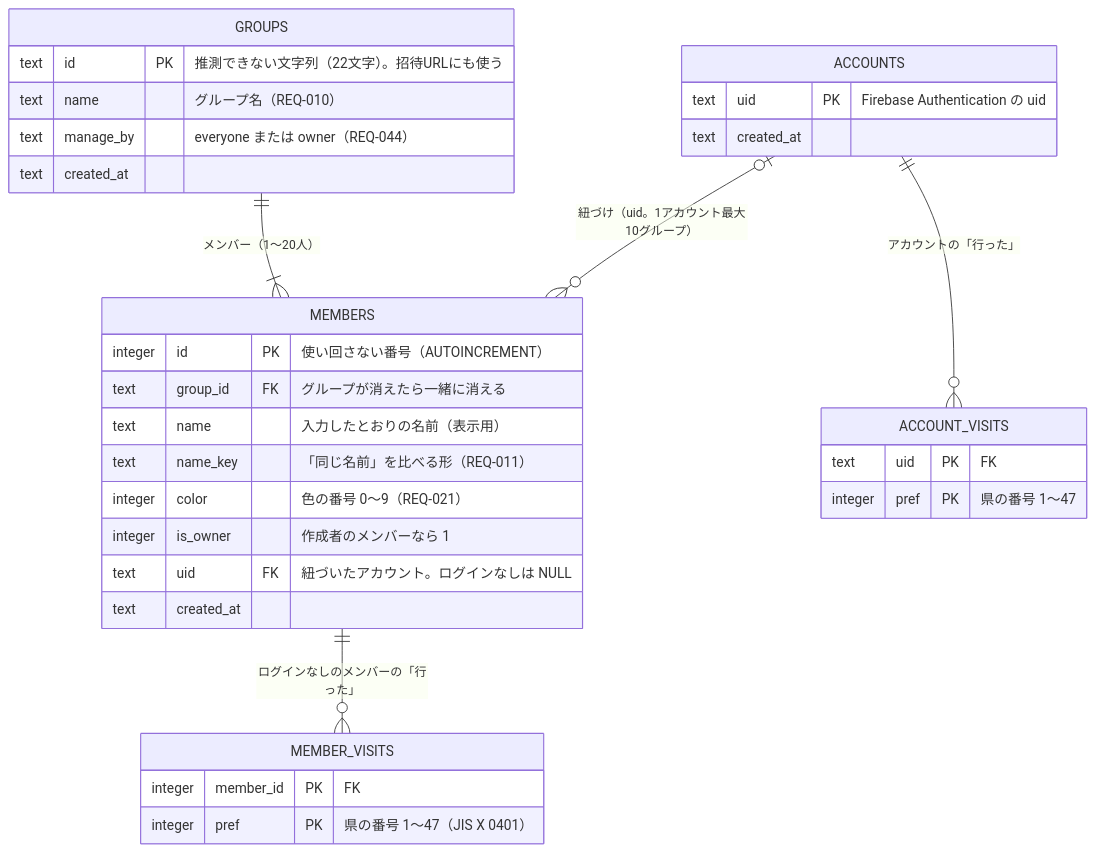
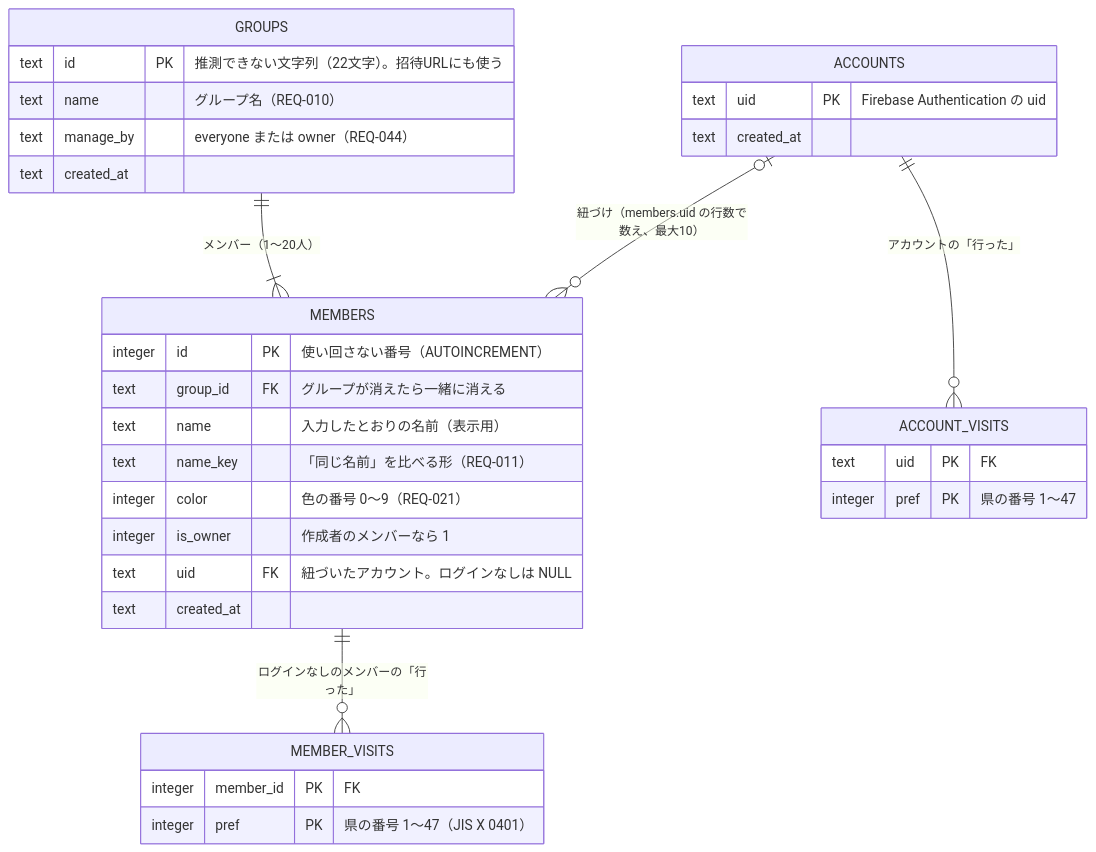
One commit to yuppy52/tabikaigi-map changed the diagram in docs/design/data-model.md. Above: the diagram before and after it, drawn with Mermaid. The commit also changed other lines of this file and 3 other files, not shown here.

Commit message:
権限マトリクスを下書きし、ER 図の10グループの数え方を書き直す (#27)

````diff
--- a/docs/design/data-model.md
+++ b/docs/design/data-model.md
@@ -15,36 +15,36 @@
 ```mermaid
 erDiagram
   GROUPS ||--|{ MEMBERS : "メンバー（1〜20人）"
   MEMBERS ||--o{ MEMBER_VISITS : "ログインなしのメンバーの「行った」"
-  ACCOUNTS |o--o{ MEMBERS : "紐づけ（uid。1アカウント最大10グループ）"
+  ACCOUNTS |o--o{ MEMBERS : "紐づけ（members.uid の行数で数え、最大10）"
   ACCOUNTS ||--o{ ACCOUNT_VISITS : "アカウントの「行った」"
 
   GROUPS {
     text id PK "推測できない文字列（22文字）。招待URLにも使う"
     text name "グループ名（REQ-010）"
     text manage_by "everyone または owner（REQ-044）"
     text created_at
   }
   MEMBERS {
     integer id PK "使い回さない番号（AUTOINCREMENT）"
     text group_id FK "グループが消えたら一緒に消える"
     text name "入力したとおりの名前（表示用）"
     text name_key "「同じ名前」を比べる形（REQ-011）"
     integer color "色の番号 0〜9（REQ-021）"
     integer is_owner "作成者のメンバーなら 1"
     text uid FK "紐づいたアカウント。ログインなしは NULL"
     text created_at
   }
   MEMBER_VISITS {
     integer member_id PK "FK"
     integer pref PK "県の番号 1〜47（JIS X 0401）"
   }
   ACCOUNTS {
     text uid PK "Firebase Authentication の uid"
     text created_at
   }
   ACCOUNT_VISITS {
     text uid PK "FK"
     integer pref PK "県の番号 1〜47"
   }
 ```
````
